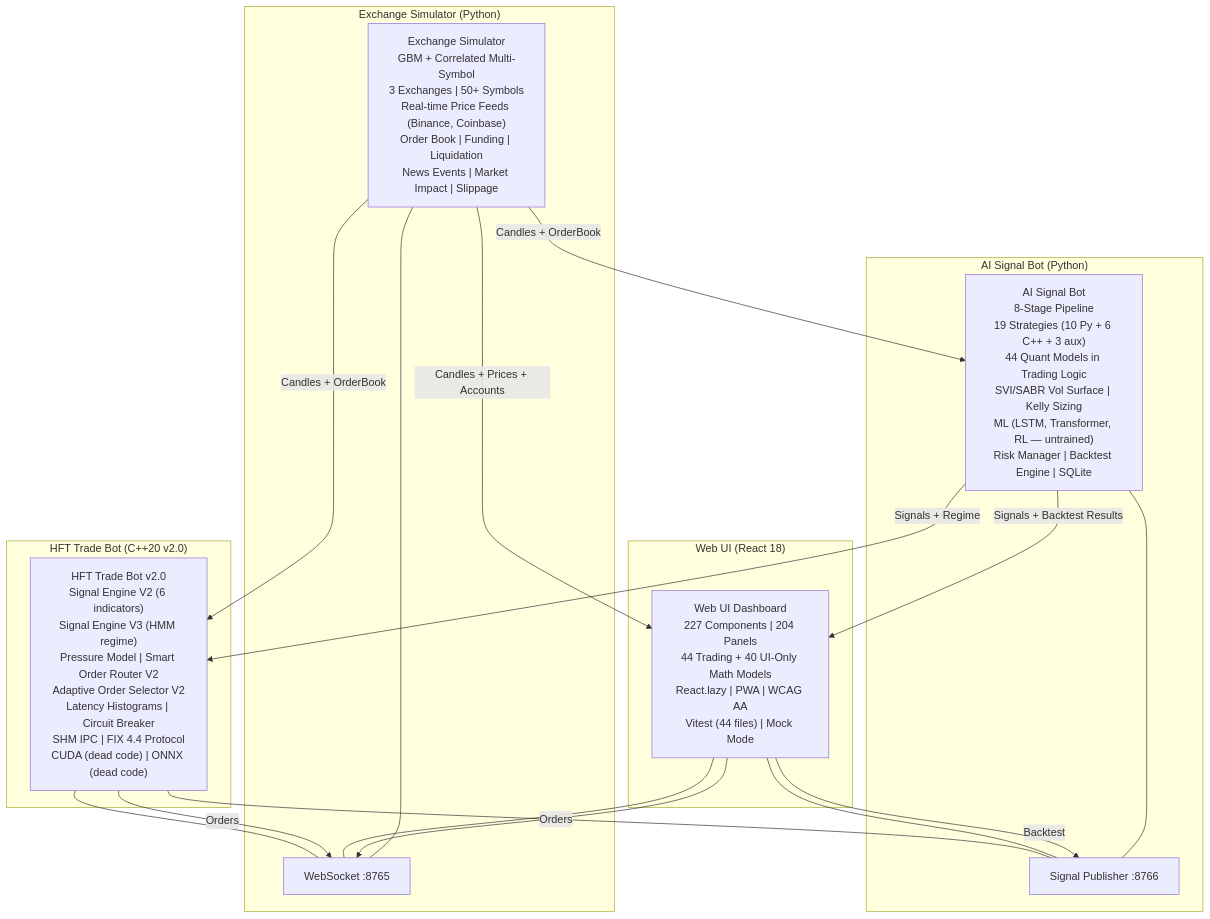
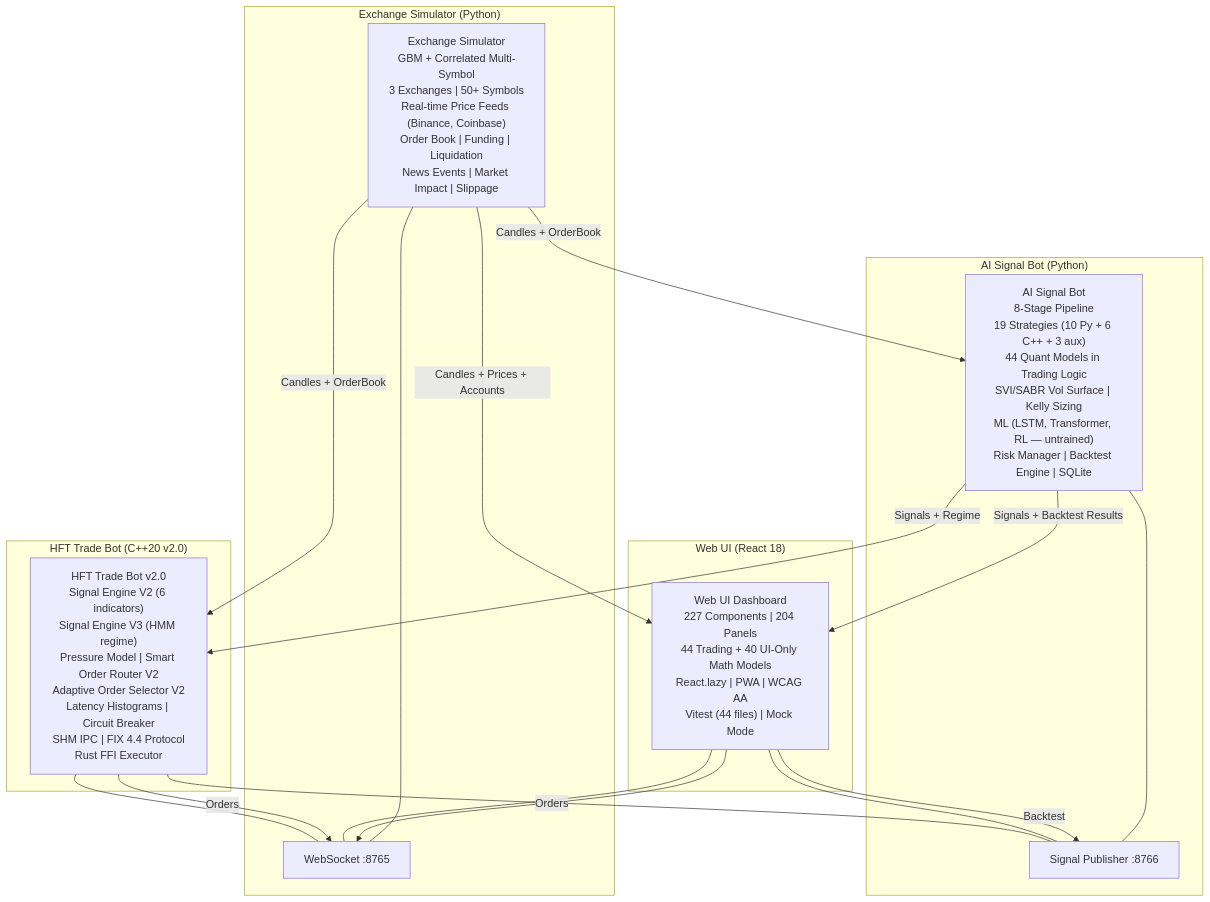
Before and after one commit to ezpectus/HFT-trading-simulator: the diagram in docs/ARCHITECTURE.md, drawn with Mermaid. The commit also changed other lines of this file and 3 other files, not shown here.

First line of the commit message:
docs: remove stale CUDA/ONNX refs from ARCHITECTURE.md, update sprint count (Sprint 54)

````diff
--- a/docs/ARCHITECTURE.md
+++ b/docs/ARCHITECTURE.md
@@ -23,35 +23,35 @@
 ```mermaid
 graph TB
     subgraph "Exchange Simulator (Python)"
         ES["Exchange Simulator<br/>GBM + Correlated Multi-Symbol<br/>3 Exchanges | 50+ Symbols<br/>Real-time Price Feeds (Binance, Coinbase)<br/>Order Book | Funding | Liquidation<br/>News Events | Market Impact | Slippage"]
         WS8765[WebSocket :8765]
         WS8765 --- ES
     end
 
     subgraph "AI Signal Bot (Python)"
         AI["AI Signal Bot<br/>8-Stage Pipeline<br/>19 Strategies (10 Py + 6 C++ + 3 aux)<br/>44 Quant Models in Trading Logic<br/>SVI/SABR Vol Surface | Kelly Sizing<br/>ML (LSTM, Transformer, RL — untrained)<br/>Risk Manager | Backtest Engine | SQLite"]
         WS8766[Signal Publisher :8766]
         WS8766 --- AI
     end
 
     subgraph "HFT Trade Bot (C++20 v2.0)"
-        HFT["HFT Trade Bot v2.0<br/>Signal Engine V2 (6 indicators)<br/>Signal Engine V3 (HMM regime)<br/>Pressure Model | Smart Order Router V2<br/>Adaptive Order Selector V2<br/>Latency Histograms | Circuit Breaker<br/>SHM IPC | FIX 4.4 Protocol<br/>CUDA (dead code) | ONNX (dead code)"]
+        HFT["HFT Trade Bot v2.0<br/>Signal Engine V2 (6 indicators)<br/>Signal Engine V3 (HMM regime)<br/>Pressure Model | Smart Order Router V2<br/>Adaptive Order Selector V2<br/>Latency Histograms | Circuit Breaker<br/>SHM IPC | FIX 4.4 Protocol<br/>Rust FFI Executor"]
         HFT --- WS8765
         HFT --- WS8766
         HFT -->|Orders| WS8765
     end
 
     subgraph "Web UI (React 18)"
         UI["Web UI Dashboard<br/>227 Components | 204 Panels<br/>44 Trading + 40 UI-Only Math Models<br/>React.lazy | PWA | WCAG AA<br/>Vitest (44 files) | Mock Mode"]
         UI --- WS8765
         UI --- WS8766
         UI -->|Orders| WS8765
         UI -->|Backtest| WS8766
     end
 
     ES -->|Candles + OrderBook| AI
     ES -->|Candles + OrderBook| HFT
     ES -->|Candles + Prices + Accounts| UI
     AI -->|Signals + Regime| HFT
     AI -->|Signals + Backtest Results| UI
 ```
````
